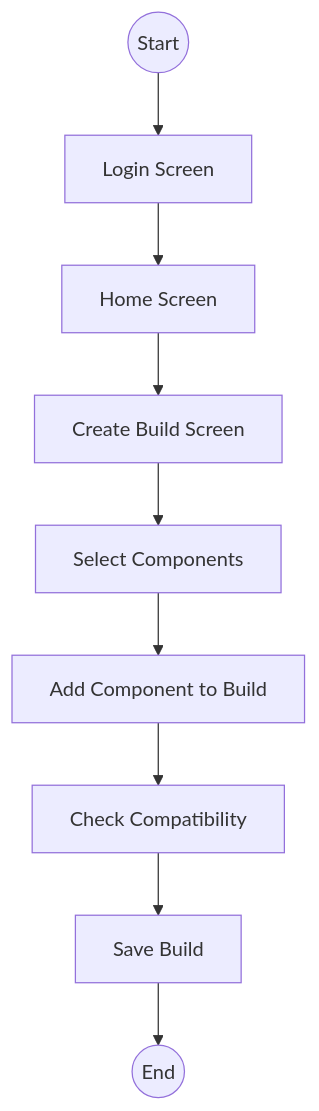
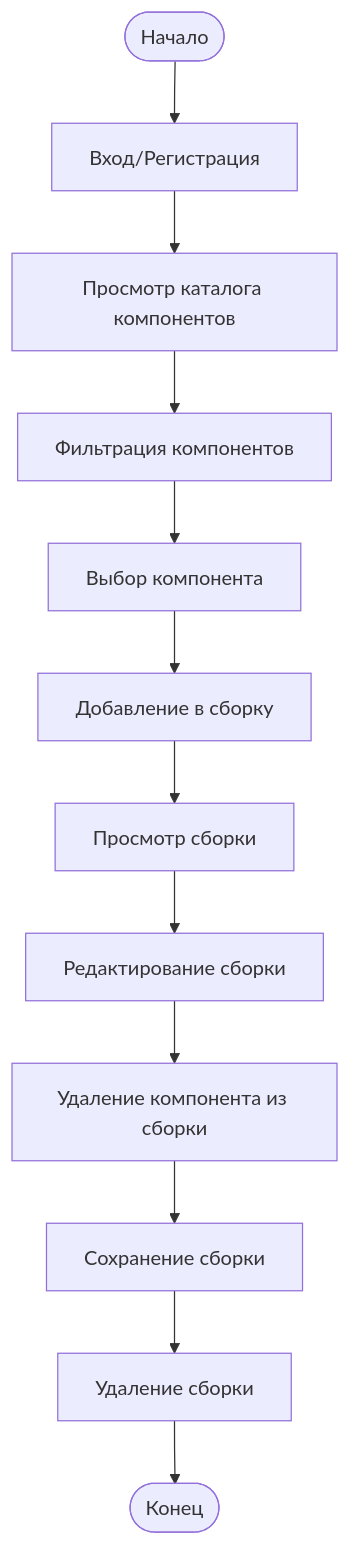
One commit to sofmjn/pc_builder_app changed the seventh of 7 diagrams in README.md. Above: the diagram before and after it, drawn with Mermaid.

````diff
--- a/README.md
+++ b/README.md
@@ -151,17 +151,16 @@
 ```mermaid
-%%{init: {'theme': 'default'}}%%
 flowchart TD
-    Start((Start))
-    Login[Login Screen]
-    Home[Home Screen]
-    CreateBuild[Create Build Screen]
-    SelectComponents[Select Components]
-    AddComponent[Add Component to Build]
-    CheckCompatibility[Check Compatibility]
-    SaveBuild[Save Build]
-    End((End))
-
-    Start --> Login --> Home --> CreateBuild --> SelectComponents --> AddComponent --> CheckCompatibility --> SaveBuild --> End
+    Start([Начало]) --> Login[Вход/Регистрация]
+    Login --> Browse[Просмотр каталога компонентов]
+    Browse --> Filter[Фильтрация компонентов]
+    Filter --> SelectComponent[Выбор компонента]
+    SelectComponent --> AddToBuild[Добавление в сборку]
+    AddToBuild --> ReviewBuild[Просмотр сборки]
+    ReviewBuild --> EditBuild[Редактирование сборки]
+    EditBuild --> RemoveComponent[Удаление компонента из сборки]
+    RemoveComponent --> SaveBuild[Сохранение сборки]
+    SaveBuild --> DeleteBuild[Удаление сборки]
+    DeleteBuild --> End([Конец])
 
 
 ```
````
